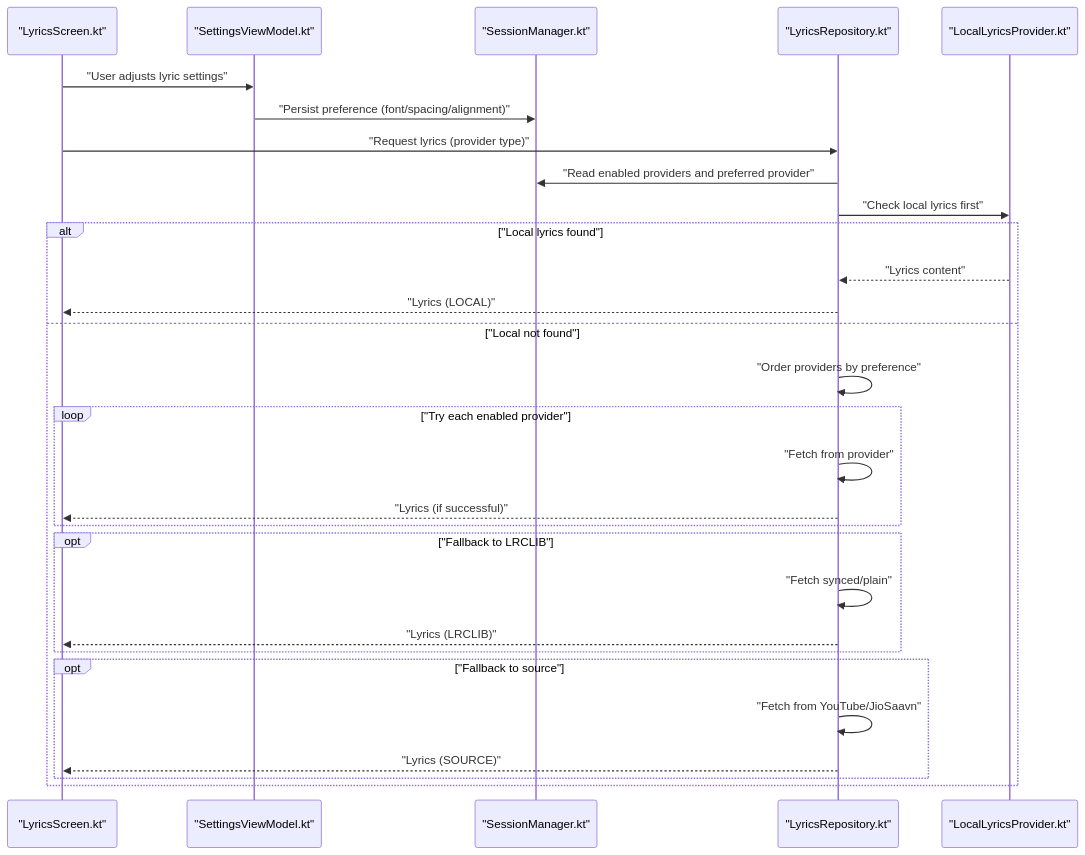
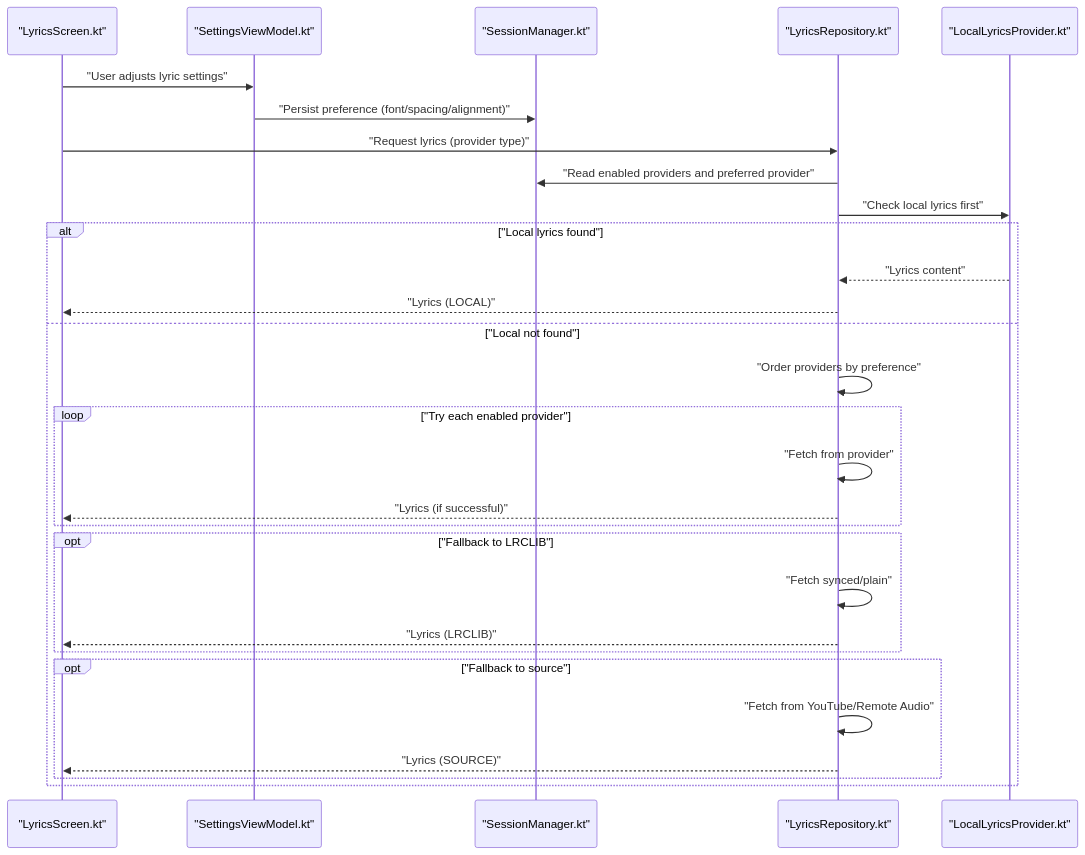
One commit to suvojeet-sengupta/SuvMusic changed the second of 8 diagrams in docs/Lyrics System/Lyric Settings and Customization.md. Above: the diagram before and after it, drawn with Mermaid. The commit also changed other lines of this file and 32 other files, not shown here.

````diff
--- a/docs/Lyrics System/Lyric Settings and Customization.md
+++ b/docs/Lyrics System/Lyric Settings and Customization.md
@@ -107,31 +107,31 @@
 ```mermaid
 sequenceDiagram
 participant UI as "LyricsScreen.kt"
 participant VM as "SettingsViewModel.kt"
 participant SM as "SessionManager.kt"
 participant Repo as "LyricsRepository.kt"
 participant Local as "LocalLyricsProvider.kt"
 UI->>VM : "User adjusts lyric settings"
 VM->>SM : "Persist preference (font/spacing/alignment)"
 UI->>Repo : "Request lyrics (provider type)"
 Repo->>SM : "Read enabled providers and preferred provider"
 Repo->>Local : "Check local lyrics first"
 alt "Local lyrics found"
 Local-->>Repo : "Lyrics content"
 Repo-->>UI : "Lyrics (LOCAL)"
 else "Local not found"
 Repo->>Repo : "Order providers by preference"
 loop "Try each enabled provider"
 Repo->>Repo : "Fetch from provider"
 Repo-->>UI : "Lyrics (if successful)"
 end
 opt "Fallback to LRCLIB"
 Repo->>Repo : "Fetch synced/plain"
 Repo-->>UI : "Lyrics (LRCLIB)"
 end
 opt "Fallback to source"
-Repo->>Repo : "Fetch from YouTube/JioSaavn"
+Repo->>Repo : "Fetch from YouTube/Remote Audio"
 Repo-->>UI : "Lyrics (SOURCE)"
 end
 end
 ```
````
